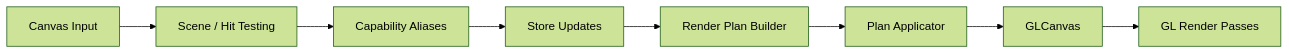
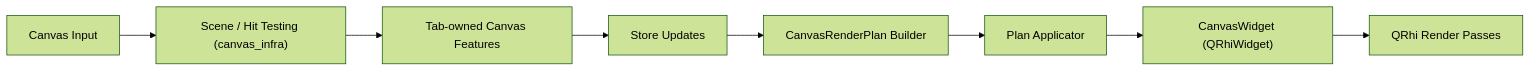
One commit to Loganavter/Improve-ImgSLI changed the fifth of 6 diagrams in docs/dev/ARCHITECTURE.md. Above: the diagram before and after it, drawn with Mermaid (forest theme). The commit also changed other lines of this file and 1273 other files, not shown here.

````diff
--- a/docs/dev/ARCHITECTURE.md
+++ b/docs/dev/ARCHITECTURE.md
@@ -79,10 +118,10 @@
 ```mermaid
 flowchart LR
-    Input["Canvas Input"] --> Scene["Scene / Hit Testing"]
-    Scene --> Commands["Capability Aliases"]
-    Commands --> Store["Store Updates"]
-    Store --> Plan["Render Plan Builder"]
+    Input["Canvas Input"] --> Scene["Scene / Hit Testing (canvas_infra)"]
+    Scene --> Features["Tab-owned Canvas Features"]
+    Features --> Store["Store Updates"]
+    Store --> Plan["CanvasRenderPlan Builder"]
     Plan --> Apply["Plan Applicator"]
-    Apply --> GL["GLCanvas"]
-    GL --> Passes["GL Render Passes"]
+    Apply --> Widget["CanvasWidget (QRhiWidget)"]
+    Widget --> Passes["QRhi Render Passes"]
 ```
````
